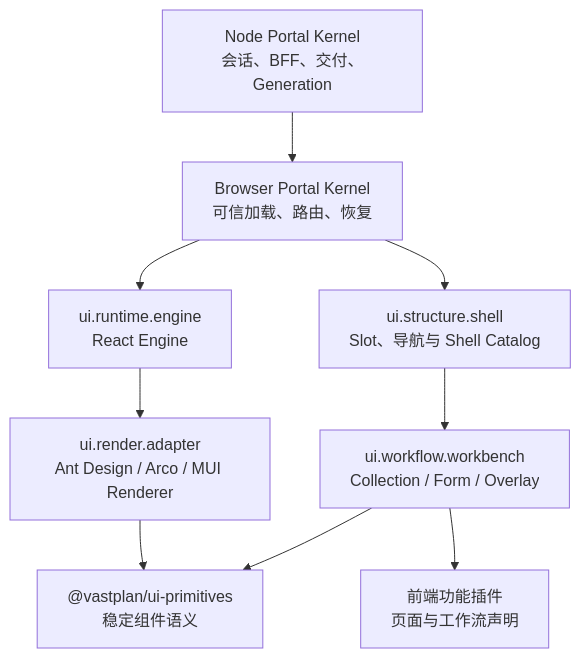
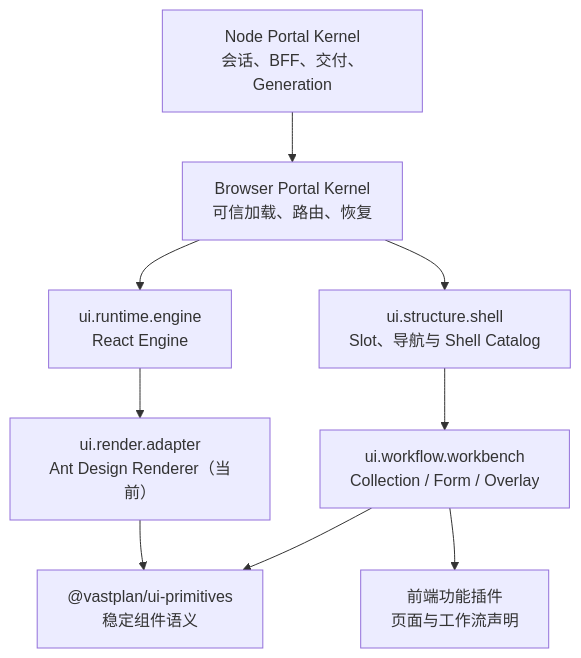
One commit to yandt/VastPlan changed the diagram in docs/dev/architecture/前端门户内核.md. Above: the diagram before and after it, drawn with Mermaid. The commit also changed other lines of this file and 89 other files, not shown here.

Commit message:
refactor(frontend): focus renderer stack on Ant Design

````diff
--- a/docs/dev/architecture/前端门户内核.md
+++ b/docs/dev/architecture/前端门户内核.md
@@ -13,11 +13,11 @@
 ```mermaid
 flowchart TB
   BFF["Node Portal Kernel\n会话、BFF、交付、Generation"] --> PK["Browser Portal Kernel\n可信加载、路由、恢复"]
   PK --> RE["ui.runtime.engine\nReact Engine"]
-  RE --> DS["ui.render.adapter\nAnt Design / Arco / MUI Renderer"]
+  RE --> DS["ui.render.adapter\nAnt Design Renderer（当前）"]
   PK --> SC["ui.structure.shell\nSlot、导航与 Shell Catalog"]
   SC --> WB["ui.workflow.workbench\nCollection / Form / Overlay"]
   WB --> FP["前端功能插件\n页面与工作流声明"]
   DS --> UI["@vastplan/ui-primitives\n稳定组件语义"]
   WB --> UI
 ```
````
